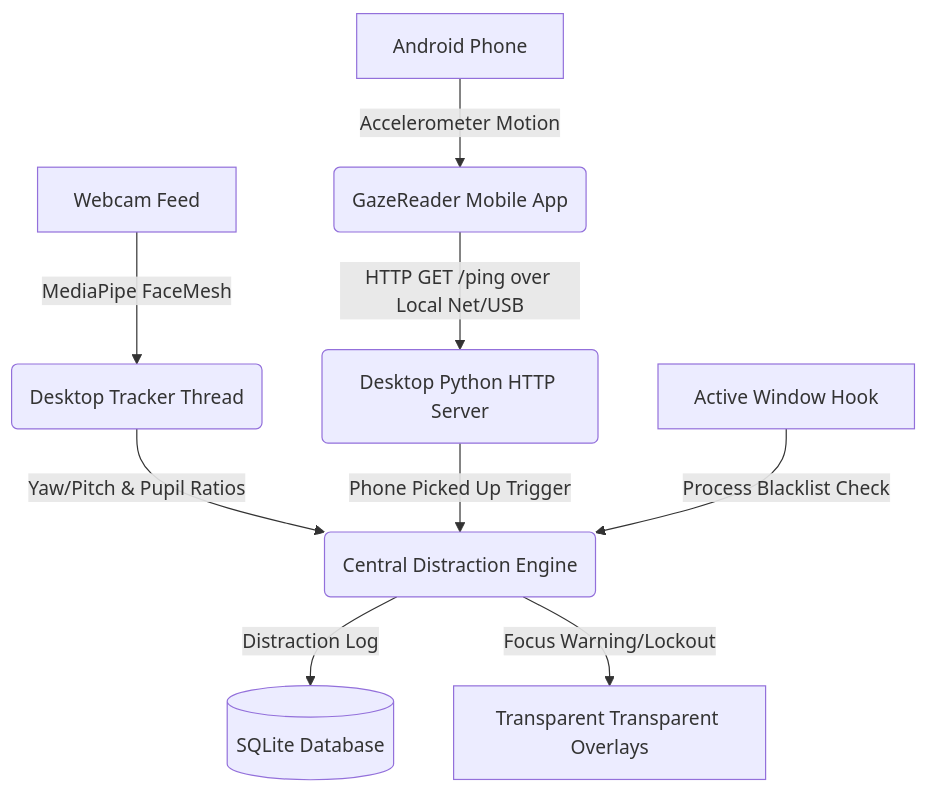
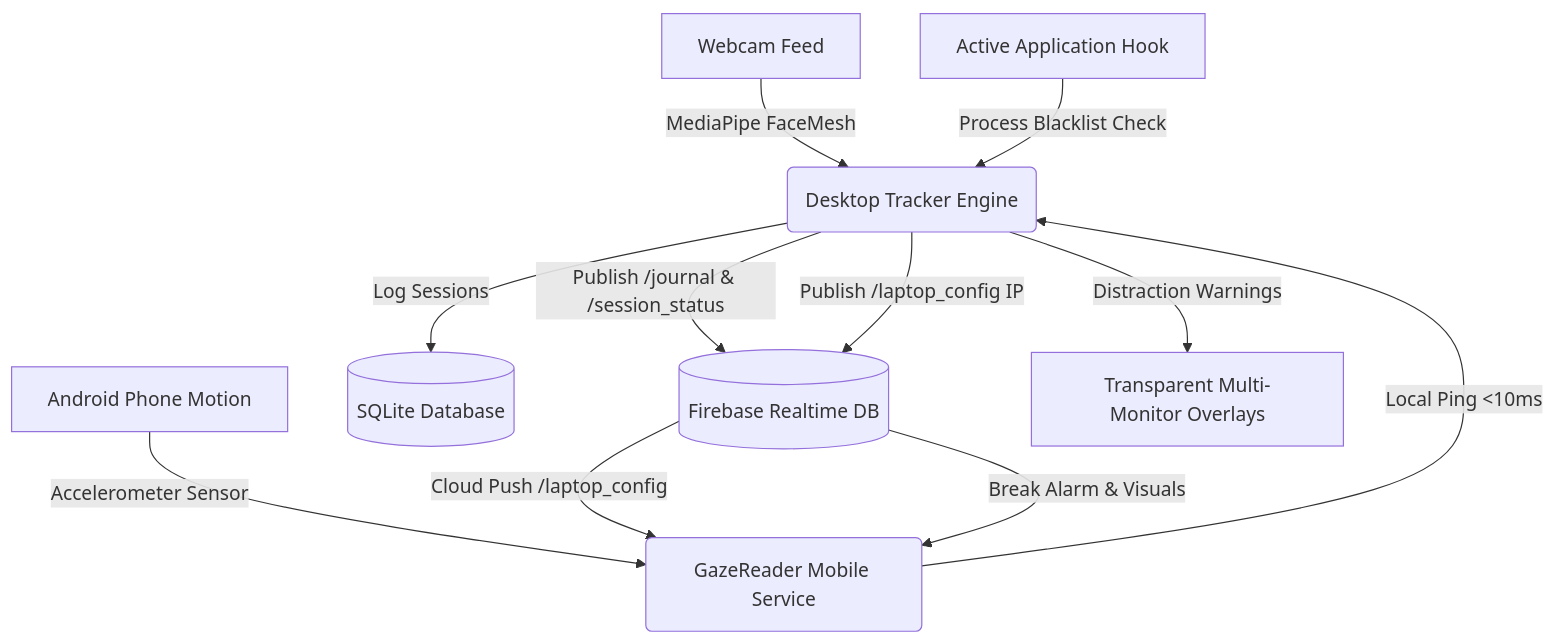
The diagram in README.md (yaseen2/FocusSentry), drawn with Mermaid before and after one commit. The commit also changed other lines of this file, not shown here.

Commit message:
Update README.md with comprehensive system documentation, architecture diagrams, and feature guides

````diff
--- a/README.md
+++ b/README.md
@@ -25,11 +45,17 @@
 ```mermaid
 graph TD
-    A[Webcam Feed] -->|MediaPipe FaceMesh| B(Desktop Tracker Thread)
-    C[Android Phone] -->|Accelerometer Motion| D(GazeReader Mobile App)
-    D -->|HTTP GET /ping over Local Net/USB| E(Desktop Python HTTP Server)
-    B -->|Yaw/Pitch & Pupil Ratios| F(Central Distraction Engine)
-    E -->|Phone Picked Up Trigger| F
-    G[Active Window Hook] -->|Process Blacklist Check| F
-    F -->|Distraction Log| H[(SQLite Database)]
-    F -->|Focus Warning/Lockout| I[Transparent Transparent Overlays]
+    A[Webcam Feed] -->|MediaPipe FaceMesh| B(Desktop Tracker Engine)
+    C[Active Application Hook] -->|Process Blacklist Check| B
+    
+    D[Android Phone Motion] -->|Accelerometer Sensor| E(GazeReader Mobile Service)
+    E -->|Local Ping <10ms| B
+    
+    B -->|Log Sessions| F[(SQLite Database)]
+    B -->|Publish /journal & /session_status| G[(Firebase Realtime DB)]
+    B -->|Publish /laptop_config IP| G
+    
+    G -->|Cloud Push /laptop_config| E
+    G -->|Break Alarm & Visuals| E
+    
+    B -->|Distraction Warnings| H[Transparent Multi-Monitor Overlays]
 ```
````
